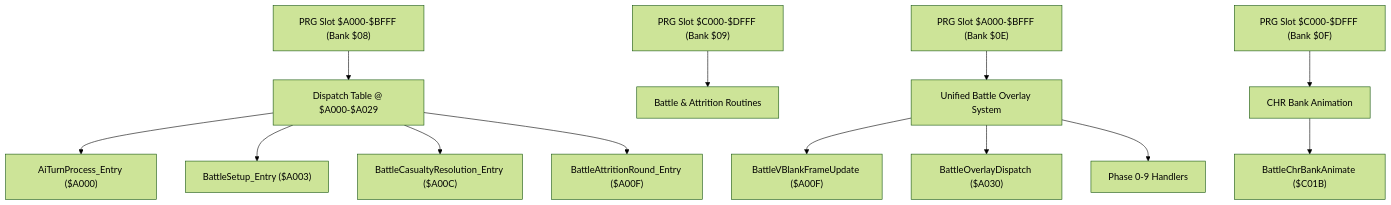
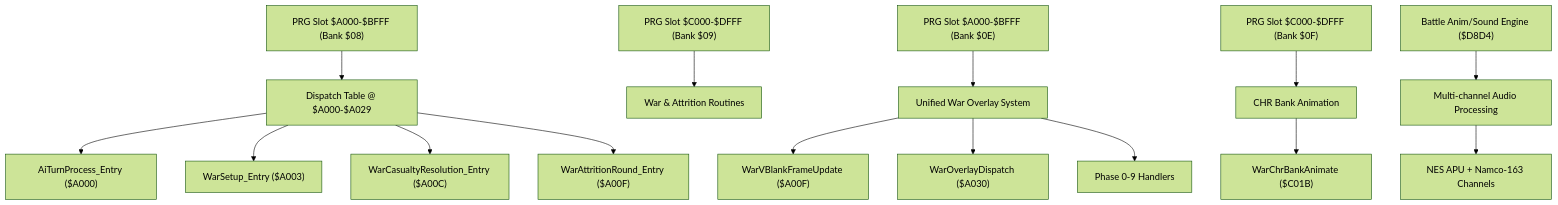
Before and after one commit to rabbyzero/sango2dasm: the first of 12 diagrams in .qoder/repowiki/en/content/Assembly Architecture/Bank Organization and Memory Layout/Battle and AI System - PRG Banks $08_$09.md, drawn with Mermaid (forest theme). The commit also changed other lines of this file and 11 other files, not shown here.

````diff
--- a/.qoder/repowiki/en/content/Assembly Architecture/Bank Organization and Memory Layout/Battle and AI System - PRG Banks $08_$09.md
+++ b/.qoder/repowiki/en/content/Assembly Architecture/Bank Organization and Memory Layout/Battle and AI System - PRG Banks $08_$09.md
@@ -48,15 +56,17 @@
 ```mermaid
 graph TB
 A["PRG Slot $A000-$BFFF (Bank $08)"] --> J["Dispatch Table @ $A000-$A029"]
-B["PRG Slot $C000-$DFFF (Bank $09)"] --> C["Battle & Attrition Routines"]
+B["PRG Slot $C000-$DFFF (Bank $09)"] --> C["War & Attrition Routines"]
 J --> D["AiTurnProcess_Entry ($A000)"]
-J --> E["BattleSetup_Entry ($A003)"]
-J --> F["BattleCasualtyResolution_Entry ($A00C)"]
-J --> G["BattleAttritionRound_Entry ($A00F)"]
-H["PRG Slot $A000-$BFFF (Bank $0E)"] --> I["Unified Battle Overlay System"]
-I --> J1["BattleVBlankFrameUpdate ($A00F)"]
-I --> J2["BattleOverlayDispatch ($A030)"]
+J --> E["WarSetup_Entry ($A003)"]
+J --> F["WarCasualtyResolution_Entry ($A00C)"]
+J --> G["WarAttritionRound_Entry ($A00F)"]
+H["PRG Slot $A000-$BFFF (Bank $0E)"] --> I["Unified War Overlay System"]
+I --> J1["WarVBlankFrameUpdate ($A00F)"]
+I --> J2["WarOverlayDispatch ($A030)"]
 I --> J3["Phase 0-9 Handlers"]
 K["PRG Slot $C000-$DFFF (Bank $0F)"] --> L["CHR Bank Animation"]
-L --> M["BattleChrBankAnimate ($C01B)"]
+L --> M["WarChrBankAnimate ($C01B)"]
+N["Battle Anim/Sound Engine ($D8D4)"] --> O["Multi-channel Audio Processing"]
+O --> P["NES APU + Namco-163 Channels"]
 ```
````
